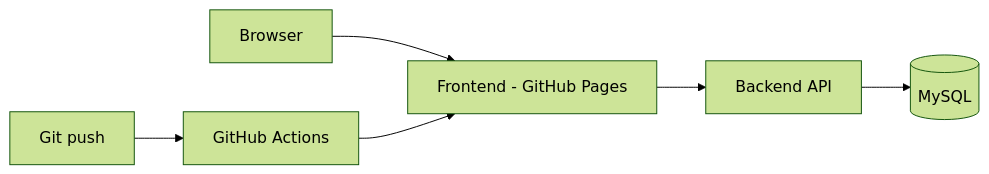
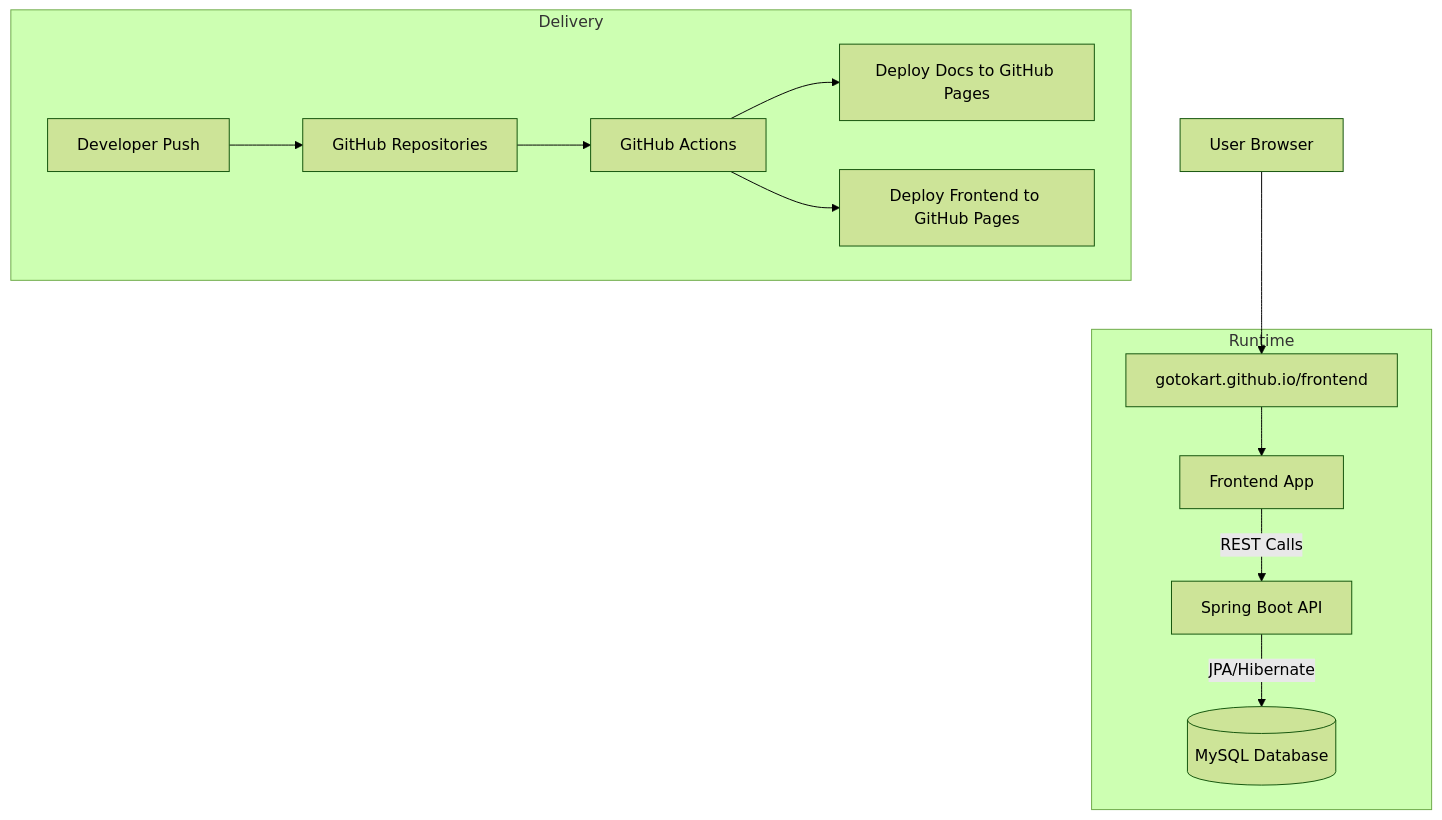
One commit to gotokart/docs changed the diagram in pages/index.mdx. Above: the diagram before and after it, drawn with Mermaid (forest theme). The commit also changed other lines of this file and 4 other files, not shown here.

First line of the commit message:
Improve architecture docs and README while simplifying header links.

````diff
--- a/pages/index.mdx
+++ b/pages/index.mdx
@@ -71,8 +90,27 @@
 ```mermaid
-flowchart LR
-  Browser[Browser] --> Pages[Frontend - GitHub Pages]
-  Pages --> API[Backend API]
-  API --> DB[(MySQL)]
-  Dev[Git push] --> Actions[GitHub Actions]
-  Actions --> Pages
+flowchart TD
+  User[User Browser] --> Domain[gotokart.github.io/frontend]
+  Domain --> Frontend[Frontend App]
+  Frontend -->|REST Calls| API[Spring Boot API]
+  API -->|JPA/Hibernate| MySQL[(MySQL Database)]
+
+  Dev[Developer Push] --> GH[GitHub Repositories]
+  GH --> Actions[GitHub Actions]
+  Actions --> DocsDeploy[Deploy Docs to GitHub Pages]
+  Actions --> FrontendDeploy[Deploy Frontend to GitHub Pages]
+
+  subgraph Runtime
+    Domain
+    Frontend
+    API
+    MySQL
+  end
+
+  subgraph Delivery
+    Dev
+    GH
+    Actions
+    DocsDeploy
+    FrontendDeploy
+  end
 ```
````
